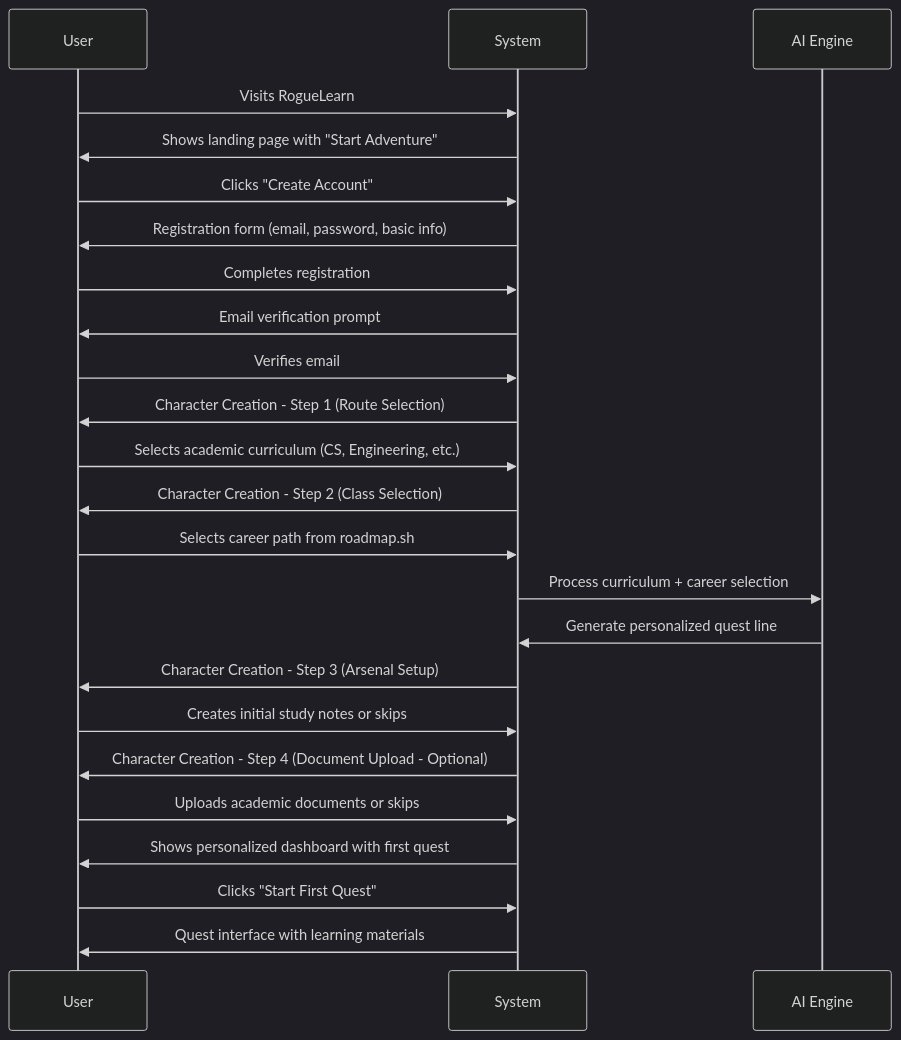
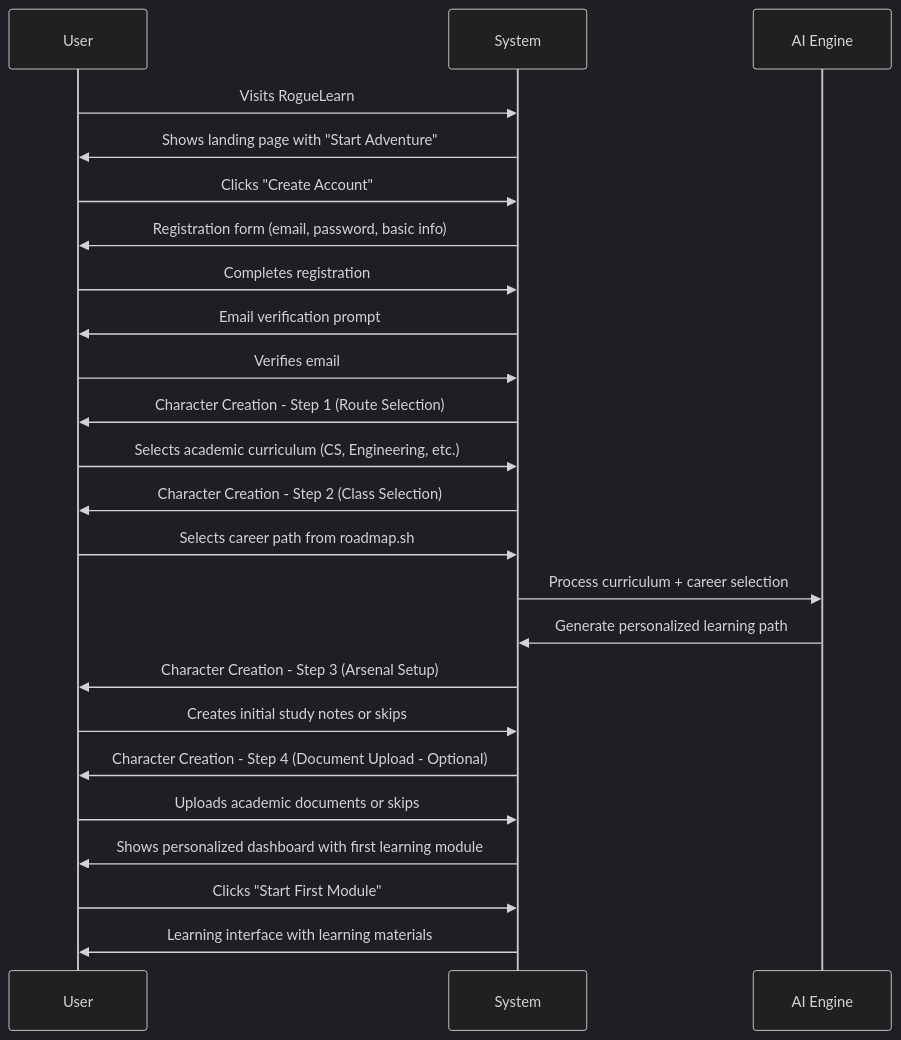
Before and after one commit to FA25SE050-RogueLearn/RogueLearn.BMAD.Documentation: the first of 16 diagrams in docs/front-end-spec/user-flows-wireframes.md, drawn with Mermaid (dark theme). The commit also changed other lines of this file and 14 other files, not shown here.

First line of the commit message:
docs: rename "quest" to "learning" in frontend documentation

````diff
--- a/docs/front-end-spec/user-flows-wireframes.md
+++ b/docs/front-end-spec/user-flows-wireframes.md
@@ -5,27 +5,27 @@
 ```mermaid
 sequenceDiagram
     participant U as User
     participant S as System
     participant AI as AI Engine
     
     U->>S: Visits RogueLearn
     S->>U: Shows landing page with "Start Adventure"
     U->>S: Clicks "Create Account"
     S->>U: Registration form (email, password, basic info)
     U->>S: Completes registration
     S->>U: Email verification prompt
     U->>S: Verifies email
     S->>U: Character Creation - Step 1 (Route Selection)
     U->>S: Selects academic curriculum (CS, Engineering, etc.)
     S->>U: Character Creation - Step 2 (Class Selection)
     U->>S: Selects career path from roadmap.sh
     S->>AI: Process curriculum + career selection
-    AI->>S: Generate personalized quest line
+    AI->>S: Generate personalized learning path
     S->>U: Character Creation - Step 3 (Arsenal Setup)
     U->>S: Creates initial study notes or skips
     S->>U: Character Creation - Step 4 (Document Upload - Optional)
     U->>S: Uploads academic documents or skips
-    S->>U: Shows personalized dashboard with first quest
-    U->>S: Clicks "Start First Quest"
-    S->>U: Quest interface with learning materials
+    S->>U: Shows personalized dashboard with first learning module
+    U->>S: Clicks "Start First Module"
+    S->>U: Learning interface with learning materials
 ```
````
